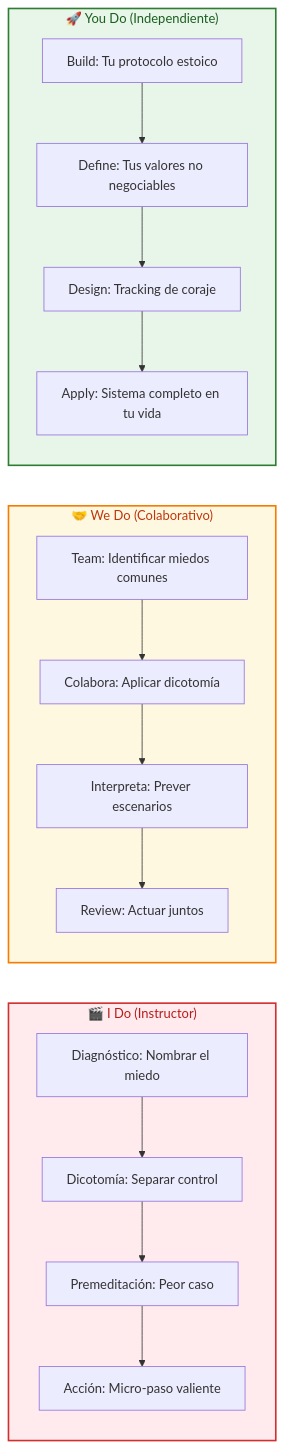
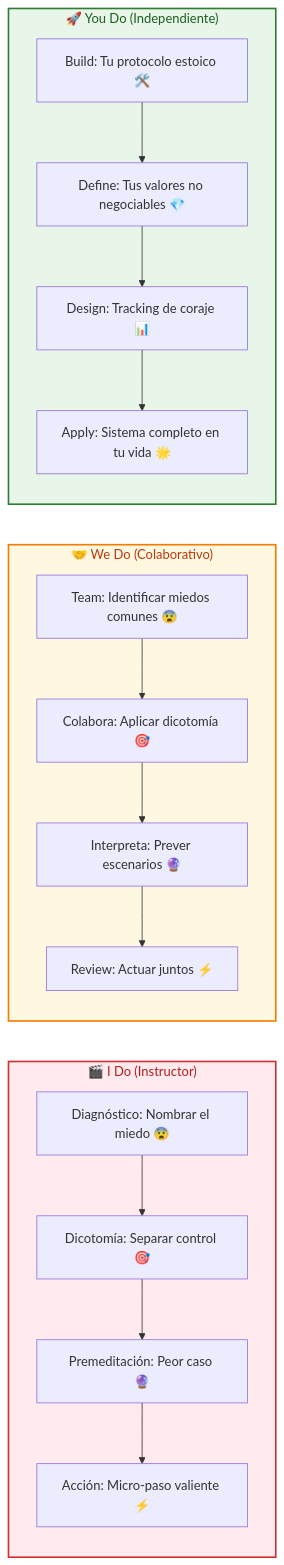
The second of 2 diagrams in src/content/blog/estoicismo-miedo-masterclass.md (jeroroldan/jeronimo-blog), drawn with Mermaid before and after one commit. The commit also changed other lines of this file and 1 other file, not shown here.

````diff
--- a/src/content/blog/estoicismo-miedo-masterclass.md
+++ b/src/content/blog/estoicismo-miedo-masterclass.md
@@ -76,25 +76,25 @@
 ```mermaid
 flowchart LR
     subgraph I_DO["🎬 I Do (Instructor)"]
         direction TB
-        A1[Diagnóstico: Nombrar el miedo] --> A2[Dicotomía: Separar control] --> A3[Premeditación: Peor caso] --> A4[Acción: Micro-paso valiente]
+        A1[Diagnóstico: Nombrar el miedo 😨] --> A2[Dicotomía: Separar control 🎯] --> A3[Premeditación: Peor caso 🔮] --> A4[Acción: Micro-paso valiente ⚡]
     end
     
     subgraph WE_DO["🤝 We Do (Colaborativo)"]
         direction TB
-        B1[Team: Identificar miedos comunes] --> B2[Colabora: Aplicar dicotomía] --> B3[Interpreta: Prever escenarios] --> B4[Review: Actuar juntos]
+        B1[Team: Identificar miedos comunes 😨] --> B2[Colabora: Aplicar dicotomía 🎯] --> B3[Interpreta: Prever escenarios 🔮] --> B4[Review: Actuar juntos ⚡]
     end
     
     subgraph YOU_DO["🚀 You Do (Independiente)"]
         direction TB
-        C1[Build: Tu protocolo estoico] --> C2[Define: Tus valores no negociables] --> C3[Design: Tracking de coraje] --> C4[Apply: Sistema completo en tu vida]
+        C1[Build: Tu protocolo estoico 🛠️] --> C2[Define: Tus valores no negociables 💎] --> C3[Design: Tracking de coraje 📊] --> C4[Apply: Sistema completo en tu vida 🌟]
     end
     
     classDef IDoStyle fill:#FFEBEE,stroke:#D32F2F,stroke-width:2px,color:#B71C1C;
     classDef WeDoStyle fill:#FFF8E1,stroke:#F57C00,stroke-width:2px,color:#BF360C;
     classDef YouDoStyle fill:#E8F5E9,stroke:#2E7D32,stroke-width:2px,color:#1B5E20;
     
     class I_DO IDoStyle;
     class WE_DO WeDoStyle;
     class YOU_DO YouDoStyle;
 ```
````
